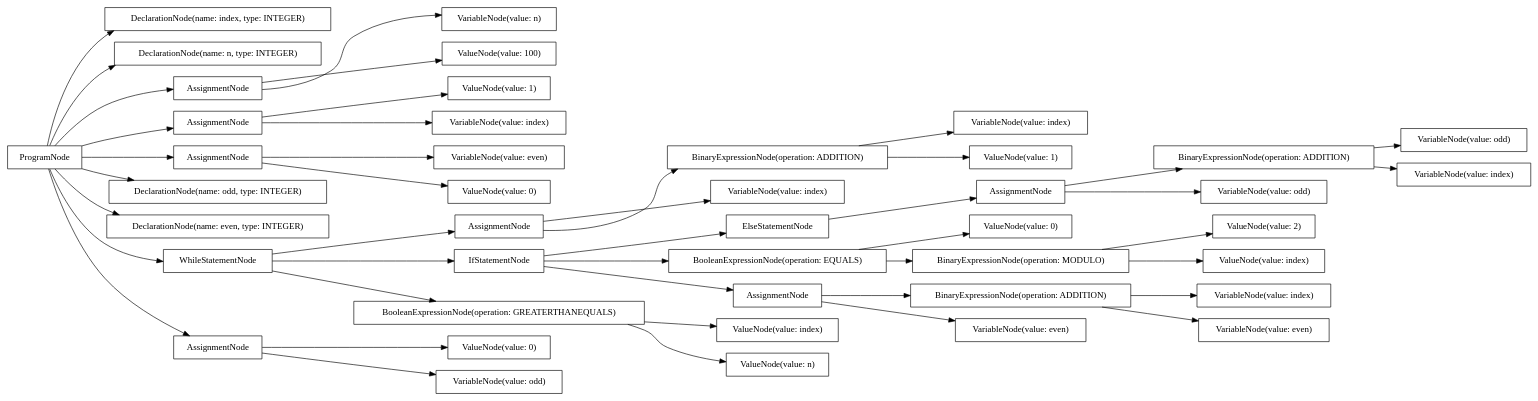
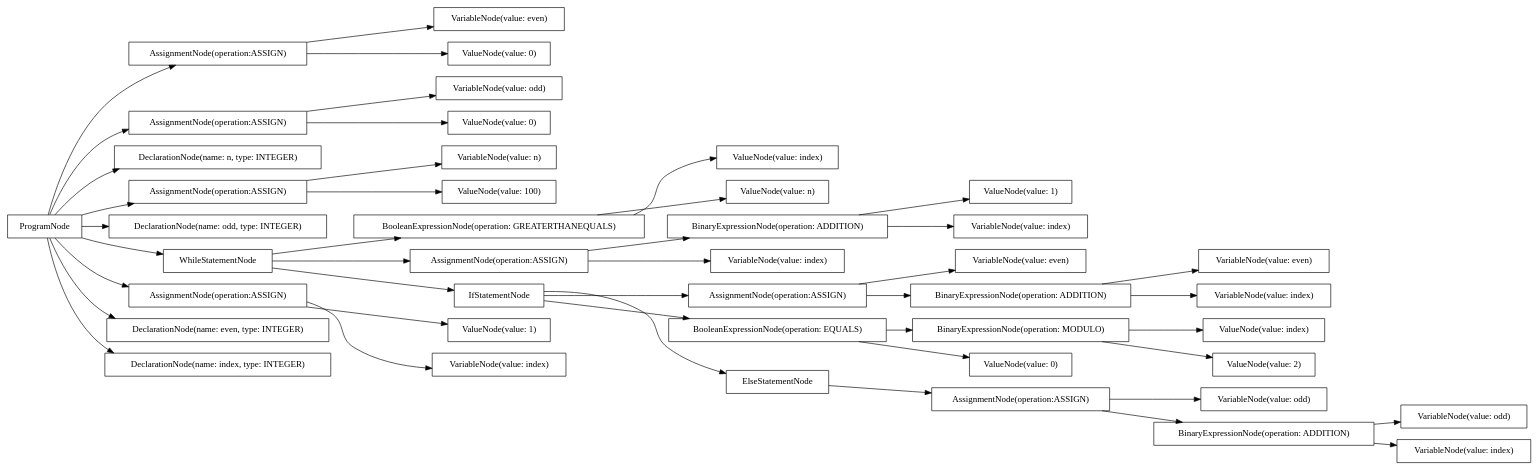
One commit to AtLeastITry/ANTLR-Python-Compiler changed the diagram in src/output/dot/odd_even.dot. Above: the diagram before and after it, drawn with Graphviz. The commit also changed 24 other files, not shown here.

```diff
--- a/src/output/dot/odd_even.dot
+++ b/src/output/dot/odd_even.dot
@@ -1,88 +1,88 @@
 digraph G {
 rankdir=LR
-"6bd327df-9aef-4895-8537-c4cd72a3b96f" [label="AssignmentNode" shape="box"];
-"f52a6a36-8cd0-43fd-a2dc-745e9ed8102a" [label="DeclarationNode(name: index, type: INTEGER)" shape="box"];
-"f5707abc-7e2b-4bf5-b90c-7b00d27c7fa6" [label="DeclarationNode(name: n, type: INTEGER)" shape="box"];
-"deca4773-483e-4242-8ce8-a2b66e0a9e17" [label="ValueNode(value: 0)" shape="box"];
-"eb5e360c-8a58-4721-9b32-16c213083915" [label="IfStatementNode" shape="box"];
-"181e95c6-879f-45ce-a08d-7285b7f174b7" [label="ValueNode(value: index)" shape="box"];
-"4f5f16ee-5fc8-4592-8f6e-25b383a74a16" [label="ValueNode(value: 2)" shape="box"];
-"642381c4-9bc3-48b6-80ee-9c7c9bd9ee11" [label="BinaryExpressionNode(operation: ADDITION)" shape="box"];
-"9c0ed1a6-9af1-4d3c-b78c-1a9d2f281316" [label="ValueNode(value: 0)" shape="box"];
-"1b7ce3a6-3c6a-4919-9a59-8a91298effe1" [label="VariableNode(value: even)" shape="box"];
-"907bf36b-c8ac-4e67-9a7a-b1690be37025" [label="ValueNode(value: n)" shape="box"];
-"63c26f57-55b6-4fe8-b641-28923c04da53" [label="AssignmentNode" shape="box"];
-"9cad695f-353c-49af-b71b-efd88cefd19c" [label="VariableNode(value: odd)" shape="box"];
-"360fa4ca-23ff-474b-b0bf-5eb0edcd9160" [label="BinaryExpressionNode(operation: ADDITION)" shape="box"];
-"ef75b760-836b-4ba6-9152-2656c1062f89" [label="BinaryExpressionNode(operation: ADDITION)" shape="box"];
-"8123f8a1-669c-4a97-a71b-8b3239616b95" [label="VariableNode(value: index)" shape="box"];
-"0156d363-673b-49c5-a1b5-420e6acc14ea" [label="VariableNode(value: odd)" shape="box"];
-"d9380dbe-0212-4005-89e5-0812536ce71c" [label="VariableNode(value: even)" shape="box"];
-"a6f4a28e-8994-4b6d-b03e-79d225ac2815" [label="VariableNode(value: even)" shape="box"];
-"359f18e0-4b3e-4700-b4bb-0f80182b5286" [label="AssignmentNode" shape="box"];
-"13f0bfcc-05ab-4ffa-804c-378aa5a8855b" [label="ValueNode(value: 1)" shape="box"];
-"8604a609-be1f-48b5-b866-529c48945cd1" [label="VariableNode(value: index)" shape="box"];
-"70c4199c-f19e-4b51-bd0f-1f093f512359" [label="VariableNode(value: odd)" shape="box"];
-"0b039b70-6031-471d-916b-5f4d79894fea" [label="VariableNode(value: index)" shape="box"];
-"1d643e80-705b-4b38-95e0-10911f11083c" [label="ElseStatementNode" shape="box"];
-"efc159b7-b18a-4c66-a5a0-4d5b3fa11b1c" [label="VariableNode(value: n)" shape="box"];
-"75df4424-afb7-4f26-ab61-259915b673fa" [label="ProgramNode" shape="box"];
-"c52c340a-5d8c-4bdc-b4b6-1473d8108b3c" [label="AssignmentNode" shape="box"];
-"91f8f533-da98-44e9-a408-9cb235ad078f" [label="BooleanExpressionNode(operation: EQUALS)" shape="box"];
-"0ce3bd92-be1e-4828-89ff-b8e64d0c56b6" [label="VariableNode(value: index)" shape="box"];
-"46f987be-02e8-4ab5-8d58-aaa6f789c508" [label="ValueNode(value: 1)" shape="box"];
-"658b9f66-4510-4765-9410-1352d158fae5" [label="VariableNode(value: index)" shape="box"];
-"bcd2cdec-7a55-46c7-b9e1-eec12eb07294" [label="ValueNode(value: 0)" shape="box"];
-"5a3497d8-a853-4366-9276-d6afdabc4116" [label="BooleanExpressionNode(operation: GREATERTHANEQUALS)" shape="box"];
-"6fd9a9cd-8471-4ac5-aa08-fc0425a5e57b" [label="AssignmentNode" shape="box"];
-"30131b25-10cc-4ffc-8e1a-ea33509e4402" [label="AssignmentNode" shape="box"];
-"3451bb26-0580-4116-914b-f01bdf1cc25e" [label="BinaryExpressionNode(operation: MODULO)" shape="box"];
-"319b85f4-8323-4fe1-9ff9-0fb200dfe0cc" [label="DeclarationNode(name: odd, type: INTEGER)" shape="box"];
-"3d0bd983-4c42-49a6-94bd-fad7db8e4dfe" [label="ValueNode(value: 100)" shape="box"];
-"c8d4bc95-08b8-4db0-b471-8114b259ef02" [label="ValueNode(value: index)" shape="box"];
-"8bc6dca6-7223-4603-b156-44a70e1a8ed7" [label="DeclarationNode(name: even, type: INTEGER)" shape="box"];
-"5f9ed74d-092c-47ac-9181-e189a7319496" [label="WhileStatementNode" shape="box"];
-"e86ae48f-1284-4e14-9551-a31b79443405" [label="AssignmentNode" shape="box"];
-"75df4424-afb7-4f26-ab61-259915b673fa" -> "f5707abc-7e2b-4bf5-b90c-7b00d27c7fa6";
-"75df4424-afb7-4f26-ab61-259915b673fa" -> "319b85f4-8323-4fe1-9ff9-0fb200dfe0cc";
-"75df4424-afb7-4f26-ab61-259915b673fa" -> "8bc6dca6-7223-4603-b156-44a70e1a8ed7";
-"75df4424-afb7-4f26-ab61-259915b673fa" -> "f52a6a36-8cd0-43fd-a2dc-745e9ed8102a";
-"75df4424-afb7-4f26-ab61-259915b673fa" -> "63c26f57-55b6-4fe8-b641-28923c04da53";
-"63c26f57-55b6-4fe8-b641-28923c04da53" -> "efc159b7-b18a-4c66-a5a0-4d5b3fa11b1c";
-"63c26f57-55b6-4fe8-b641-28923c04da53" -> "3d0bd983-4c42-49a6-94bd-fad7db8e4dfe";
-"75df4424-afb7-4f26-ab61-259915b673fa" -> "e86ae48f-1284-4e14-9551-a31b79443405";
-"e86ae48f-1284-4e14-9551-a31b79443405" -> "0156d363-673b-49c5-a1b5-420e6acc14ea";
-"e86ae48f-1284-4e14-9551-a31b79443405" -> "deca4773-483e-4242-8ce8-a2b66e0a9e17";
-"75df4424-afb7-4f26-ab61-259915b673fa" -> "30131b25-10cc-4ffc-8e1a-ea33509e4402";
-"30131b25-10cc-4ffc-8e1a-ea33509e4402" -> "1b7ce3a6-3c6a-4919-9a59-8a91298effe1";
-"30131b25-10cc-4ffc-8e1a-ea33509e4402" -> "bcd2cdec-7a55-46c7-b9e1-eec12eb07294";
-"75df4424-afb7-4f26-ab61-259915b673fa" -> "359f18e0-4b3e-4700-b4bb-0f80182b5286";
-"359f18e0-4b3e-4700-b4bb-0f80182b5286" -> "0b039b70-6031-471d-916b-5f4d79894fea";
-"359f18e0-4b3e-4700-b4bb-0f80182b5286" -> "13f0bfcc-05ab-4ffa-804c-378aa5a8855b";
-"75df4424-afb7-4f26-ab61-259915b673fa" -> "5f9ed74d-092c-47ac-9181-e189a7319496";
-"5f9ed74d-092c-47ac-9181-e189a7319496" -> "5a3497d8-a853-4366-9276-d6afdabc4116";
-"5a3497d8-a853-4366-9276-d6afdabc4116" -> "181e95c6-879f-45ce-a08d-7285b7f174b7";
-"5a3497d8-a853-4366-9276-d6afdabc4116" -> "907bf36b-c8ac-4e67-9a7a-b1690be37025";
-"5f9ed74d-092c-47ac-9181-e189a7319496" -> "eb5e360c-8a58-4721-9b32-16c213083915";
-"eb5e360c-8a58-4721-9b32-16c213083915" -> "91f8f533-da98-44e9-a408-9cb235ad078f";
-"91f8f533-da98-44e9-a408-9cb235ad078f" -> "3451bb26-0580-4116-914b-f01bdf1cc25e";
-"3451bb26-0580-4116-914b-f01bdf1cc25e" -> "c8d4bc95-08b8-4db0-b471-8114b259ef02";
-"3451bb26-0580-4116-914b-f01bdf1cc25e" -> "4f5f16ee-5fc8-4592-8f6e-25b383a74a16";
-"91f8f533-da98-44e9-a408-9cb235ad078f" -> "9c0ed1a6-9af1-4d3c-b78c-1a9d2f281316";
-"eb5e360c-8a58-4721-9b32-16c213083915" -> "6fd9a9cd-8471-4ac5-aa08-fc0425a5e57b";
-"6fd9a9cd-8471-4ac5-aa08-fc0425a5e57b" -> "d9380dbe-0212-4005-89e5-0812536ce71c";
-"6fd9a9cd-8471-4ac5-aa08-fc0425a5e57b" -> "360fa4ca-23ff-474b-b0bf-5eb0edcd9160";
-"360fa4ca-23ff-474b-b0bf-5eb0edcd9160" -> "a6f4a28e-8994-4b6d-b03e-79d225ac2815";
-"360fa4ca-23ff-474b-b0bf-5eb0edcd9160" -> "8123f8a1-669c-4a97-a71b-8b3239616b95";
-"eb5e360c-8a58-4721-9b32-16c213083915" -> "1d643e80-705b-4b38-95e0-10911f11083c";
-"1d643e80-705b-4b38-95e0-10911f11083c" -> "c52c340a-5d8c-4bdc-b4b6-1473d8108b3c";
-"c52c340a-5d8c-4bdc-b4b6-1473d8108b3c" -> "9cad695f-353c-49af-b71b-efd88cefd19c";
-"c52c340a-5d8c-4bdc-b4b6-1473d8108b3c" -> "642381c4-9bc3-48b6-80ee-9c7c9bd9ee11";
-"642381c4-9bc3-48b6-80ee-9c7c9bd9ee11" -> "70c4199c-f19e-4b51-bd0f-1f093f512359";
-"642381c4-9bc3-48b6-80ee-9c7c9bd9ee11" -> "658b9f66-4510-4765-9410-1352d158fae5";
-"5f9ed74d-092c-47ac-9181-e189a7319496" -> "6bd327df-9aef-4895-8537-c4cd72a3b96f";
-"6bd327df-9aef-4895-8537-c4cd72a3b96f" -> "8604a609-be1f-48b5-b866-529c48945cd1";
-"6bd327df-9aef-4895-8537-c4cd72a3b96f" -> "ef75b760-836b-4ba6-9152-2656c1062f89";
-"ef75b760-836b-4ba6-9152-2656c1062f89" -> "0ce3bd92-be1e-4828-89ff-b8e64d0c56b6";
-"ef75b760-836b-4ba6-9152-2656c1062f89" -> "46f987be-02e8-4ab5-8d58-aaa6f789c508";
+"bd6243f0-c914-4ab7-a499-864a3f5654b4" [label="BinaryExpressionNode(operation: MODULO)" shape="box"];
+"7af31379-c536-4d43-87da-8989fd42c2ac" [label="AssignmentNode(operation:ASSIGN)" shape="box"];
+"6ec07267-38a8-4b89-ab17-74b9cbda2671" [label="ValueNode(value: index)" shape="box"];
+"460c7258-2c48-4f10-adb7-2d7e3d164d96" [label="ProgramNode" shape="box"];
+"d4b4579c-aef6-4a9f-8f9a-3649a21d32ca" [label="VariableNode(value: n)" shape="box"];
+"8dba4d4b-9dfe-44e6-95e4-ce522ca706bd" [label="BinaryExpressionNode(operation: ADDITION)" shape="box"];
+"c6813f5e-186b-413c-8dff-d0259a36d4a2" [label="AssignmentNode(operation:ASSIGN)" shape="box"];
+"0f8c1a04-0424-41fd-9fc2-d4d899087545" [label="AssignmentNode(operation:ASSIGN)" shape="box"];
+"a12c2d67-0975-4d1c-86dc-adf2dbd89213" [label="VariableNode(value: even)" shape="box"];
+"6974972d-9456-4fa7-96d4-f9d11c1e7ffb" [label="AssignmentNode(operation:ASSIGN)" shape="box"];
+"df6f5c1c-5d70-4aeb-84dd-c625715d4944" [label="ValueNode(value: 1)" shape="box"];
+"9c8f2f49-2969-42e7-bd07-290fd2cce347" [label="DeclarationNode(name: n, type: INTEGER)" shape="box"];
+"d00a0ecd-1aa9-473b-a70f-c9aab01736ab" [label="VariableNode(value: even)" shape="box"];
+"089432b5-d406-4bf8-a96b-6b264f7e2d61" [label="ValueNode(value: index)" shape="box"];
+"42ad9234-5129-4097-95e7-347257f0860f" [label="ValueNode(value: 2)" shape="box"];
+"53fdc889-8112-4171-9667-4ce563d50ecd" [label="VariableNode(value: even)" shape="box"];
+"bc5f7289-f9ec-4370-8cf7-fa8f6fc45878" [label="AssignmentNode(operation:ASSIGN)" shape="box"];
+"25e94ad9-05ed-4b83-81ea-d8dbd725ad85" [label="ValueNode(value: 1)" shape="box"];
+"b5b09522-ee32-4d58-88b3-798367efce72" [label="VariableNode(value: index)" shape="box"];
+"0b5d032e-3d8b-4343-82af-9b7b6a34390d" [label="VariableNode(value: index)" shape="box"];
+"29930bb3-2bd0-4bef-8cc7-96c8c7500f97" [label="DeclarationNode(name: odd, type: INTEGER)" shape="box"];
+"ccbc1963-aace-4ab5-a99c-c7485517163f" [label="ValueNode(value: 0)" shape="box"];
+"502845a8-58d5-4055-934c-fb67221d372f" [label="BooleanExpressionNode(operation: EQUALS)" shape="box"];
+"8ede455f-a61b-4619-875d-800c1f288b23" [label="VariableNode(value: odd)" shape="box"];
+"31e54d21-5afc-4020-821c-2829c7f2bac5" [label="WhileStatementNode" shape="box"];
+"3986ba76-f4b4-4187-ba2b-147c14a4e96c" [label="BooleanExpressionNode(operation: GREATERTHANEQUALS)" shape="box"];
+"1c05cc18-3517-4479-a1e9-378528a51624" [label="VariableNode(value: odd)" shape="box"];
+"a3d20d7e-be4c-4303-bcdc-74fb8701315a" [label="VariableNode(value: index)" shape="box"];
+"25ab1cac-0e04-4442-b216-fce9fb4a8a17" [label="BinaryExpressionNode(operation: ADDITION)" shape="box"];
+"b1f12551-a52b-48cb-a4d2-ec06ea933f64" [label="VariableNode(value: index)" shape="box"];
+"a3c0bb60-41b6-4095-aa5a-fdec3fccde1d" [label="AssignmentNode(operation:ASSIGN)" shape="box"];
+"94191861-3a70-42e4-87c4-ad695649f7ef" [label="ValueNode(value: n)" shape="box"];
+"1f8fde93-07c7-43f5-bb61-fe776ec38415" [label="DeclarationNode(name: even, type: INTEGER)" shape="box"];
+"6205bdef-d45b-49d6-8803-561c9712a91b" [label="ValueNode(value: 0)" shape="box"];
+"3d33ce9d-7c5b-44d7-8034-302fd1f9e132" [label="DeclarationNode(name: index, type: INTEGER)" shape="box"];
+"4f8ae939-e720-4dc0-bd37-9df255607185" [label="ValueNode(value: 0)" shape="box"];
+"ae7113a2-2ae4-4435-931d-565b4915c5a2" [label="AssignmentNode(operation:ASSIGN)" shape="box"];
+"5fbf0066-4155-4c9a-8c28-24f54faa3d55" [label="IfStatementNode" shape="box"];
+"ed8c35c0-b202-4ada-8dd8-02b84ab78936" [label="VariableNode(value: odd)" shape="box"];
+"3137da6f-f80d-4677-91a7-ac246faafcfc" [label="BinaryExpressionNode(operation: ADDITION)" shape="box"];
+"9ac7a396-538e-464e-8d8b-1a950887ecb3" [label="ElseStatementNode" shape="box"];
+"40380f52-bf6b-4e2b-a8da-6e76208e74f3" [label="VariableNode(value: index)" shape="box"];
+"a40a0508-a025-4c9b-99c9-66e21fa5a4ce" [label="ValueNode(value: 100)" shape="box"];
+"460c7258-2c48-4f10-adb7-2d7e3d164d96" -> "9c8f2f49-2969-42e7-bd07-290fd2cce347";
+"460c7258-2c48-4f10-adb7-2d7e3d164d96" -> "29930bb3-2bd0-4bef-8cc7-96c8c7500f97";
+"460c7258-2c48-4f10-adb7-2d7e3d164d96" -> "1f8fde93-07c7-43f5-bb61-fe776ec38415";
+"460c7258-2c48-4f10-adb7-2d7e3d164d96" -> "3d33ce9d-7c5b-44d7-8034-302fd1f9e132";
+"460c7258-2c48-4f10-adb7-2d7e3d164d96" -> "bc5f7289-f9ec-4370-8cf7-fa8f6fc45878";
+"bc5f7289-f9ec-4370-8cf7-fa8f6fc45878" -> "d4b4579c-aef6-4a9f-8f9a-3649a21d32ca";
+"bc5f7289-f9ec-4370-8cf7-fa8f6fc45878" -> "a40a0508-a025-4c9b-99c9-66e21fa5a4ce";
+"460c7258-2c48-4f10-adb7-2d7e3d164d96" -> "6974972d-9456-4fa7-96d4-f9d11c1e7ffb";
+"6974972d-9456-4fa7-96d4-f9d11c1e7ffb" -> "1c05cc18-3517-4479-a1e9-378528a51624";
+"6974972d-9456-4fa7-96d4-f9d11c1e7ffb" -> "6205bdef-d45b-49d6-8803-561c9712a91b";
+"460c7258-2c48-4f10-adb7-2d7e3d164d96" -> "7af31379-c536-4d43-87da-8989fd42c2ac";
+"7af31379-c536-4d43-87da-8989fd42c2ac" -> "a12c2d67-0975-4d1c-86dc-adf2dbd89213";
+"7af31379-c536-4d43-87da-8989fd42c2ac" -> "4f8ae939-e720-4dc0-bd37-9df255607185";
+"460c7258-2c48-4f10-adb7-2d7e3d164d96" -> "a3c0bb60-41b6-4095-aa5a-fdec3fccde1d";
+"a3c0bb60-41b6-4095-aa5a-fdec3fccde1d" -> "0b5d032e-3d8b-4343-82af-9b7b6a34390d";
+"a3c0bb60-41b6-4095-aa5a-fdec3fccde1d" -> "df6f5c1c-5d70-4aeb-84dd-c625715d4944";
+"460c7258-2c48-4f10-adb7-2d7e3d164d96" -> "31e54d21-5afc-4020-821c-2829c7f2bac5";
+"31e54d21-5afc-4020-821c-2829c7f2bac5" -> "3986ba76-f4b4-4187-ba2b-147c14a4e96c";
+"3986ba76-f4b4-4187-ba2b-147c14a4e96c" -> "6ec07267-38a8-4b89-ab17-74b9cbda2671";
+"3986ba76-f4b4-4187-ba2b-147c14a4e96c" -> "94191861-3a70-42e4-87c4-ad695649f7ef";
+"31e54d21-5afc-4020-821c-2829c7f2bac5" -> "5fbf0066-4155-4c9a-8c28-24f54faa3d55";
+"5fbf0066-4155-4c9a-8c28-24f54faa3d55" -> "502845a8-58d5-4055-934c-fb67221d372f";
+"502845a8-58d5-4055-934c-fb67221d372f" -> "bd6243f0-c914-4ab7-a499-864a3f5654b4";
+"bd6243f0-c914-4ab7-a499-864a3f5654b4" -> "089432b5-d406-4bf8-a96b-6b264f7e2d61";
+"bd6243f0-c914-4ab7-a499-864a3f5654b4" -> "42ad9234-5129-4097-95e7-347257f0860f";
+"502845a8-58d5-4055-934c-fb67221d372f" -> "ccbc1963-aace-4ab5-a99c-c7485517163f";
+"5fbf0066-4155-4c9a-8c28-24f54faa3d55" -> "c6813f5e-186b-413c-8dff-d0259a36d4a2";
+"c6813f5e-186b-413c-8dff-d0259a36d4a2" -> "d00a0ecd-1aa9-473b-a70f-c9aab01736ab";
+"c6813f5e-186b-413c-8dff-d0259a36d4a2" -> "25ab1cac-0e04-4442-b216-fce9fb4a8a17";
+"25ab1cac-0e04-4442-b216-fce9fb4a8a17" -> "53fdc889-8112-4171-9667-4ce563d50ecd";
+"25ab1cac-0e04-4442-b216-fce9fb4a8a17" -> "b1f12551-a52b-48cb-a4d2-ec06ea933f64";
+"5fbf0066-4155-4c9a-8c28-24f54faa3d55" -> "9ac7a396-538e-464e-8d8b-1a950887ecb3";
+"9ac7a396-538e-464e-8d8b-1a950887ecb3" -> "0f8c1a04-0424-41fd-9fc2-d4d899087545";
+"0f8c1a04-0424-41fd-9fc2-d4d899087545" -> "ed8c35c0-b202-4ada-8dd8-02b84ab78936";
+"0f8c1a04-0424-41fd-9fc2-d4d899087545" -> "3137da6f-f80d-4677-91a7-ac246faafcfc";
+"3137da6f-f80d-4677-91a7-ac246faafcfc" -> "8ede455f-a61b-4619-875d-800c1f288b23";
+"3137da6f-f80d-4677-91a7-ac246faafcfc" -> "40380f52-bf6b-4e2b-a8da-6e76208e74f3";
+"31e54d21-5afc-4020-821c-2829c7f2bac5" -> "ae7113a2-2ae4-4435-931d-565b4915c5a2";
+"ae7113a2-2ae4-4435-931d-565b4915c5a2" -> "a3d20d7e-be4c-4303-bcdc-74fb8701315a";
+"ae7113a2-2ae4-4435-931d-565b4915c5a2" -> "8dba4d4b-9dfe-44e6-95e4-ce522ca706bd";
+"8dba4d4b-9dfe-44e6-95e4-ce522ca706bd" -> "b5b09522-ee32-4d58-88b3-798367efce72";
+"8dba4d4b-9dfe-44e6-95e4-ce522ca706bd" -> "25e94ad9-05ed-4b83-81ea-d8dbd725ad85";
 }
```
